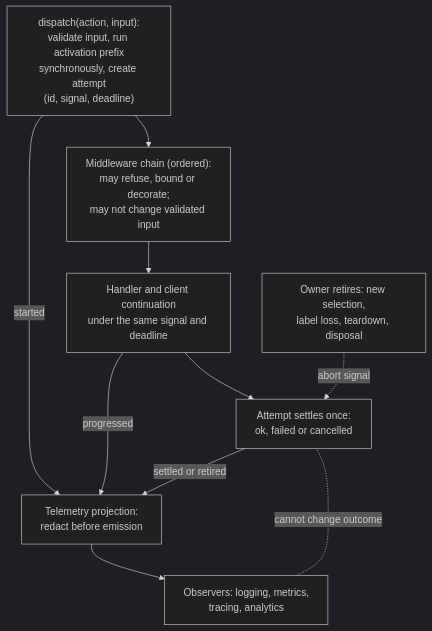
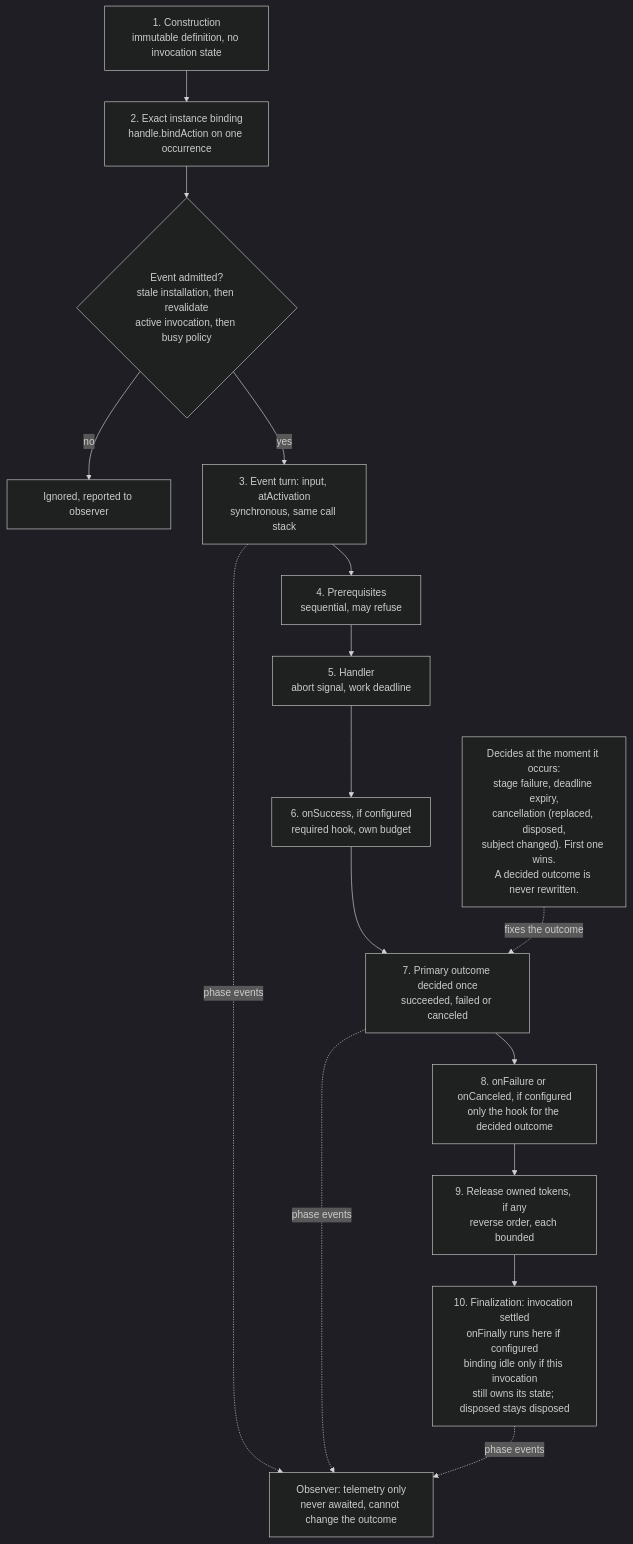
One commit to MachineWisdomAI/saga-a2ui changed the diagram in diagrams/action-binding.mmd. Above: the diagram before and after it, drawn with Mermaid (dark theme). The commit also changed 5 other files, not shown here.

Commit message:
docs: design fluent actions and instance binding

```diff
--- a/diagrams/action-binding.mmd
+++ b/diagrams/action-binding.mmd
@@ -1,17 +1,17 @@
 graph TD
-  D["dispatch(action, input):<br/>validate input, run activation prefix<br/>synchronously, create attempt<br/>(id, signal, deadline)"]
-  M["Middleware chain (ordered):<br/>may refuse, bound or decorate;<br/>may not change validated input"]
-  H["Handler and client continuation<br/>under the same signal and deadline"]
-  S["Attempt settles once:<br/>ok, failed or cancelled"]
-  R["Owner retires: new selection,<br/>label loss, teardown, disposal"]
-  P["Telemetry projection:<br/>redact before emission"]
-  O["Observers: logging, metrics,<br/>tracing, analytics"]
-  D --> M
-  M --> H
-  H --> S
-  R -.->|abort signal| S
-  D -->|started| P
-  H -->|progressed| P
-  S -->|settled or retired| P
-  P --> O
-  O -.-|cannot change outcome| S
+  A["1. Construction<br/>immutable definition, no invocation state"] --> B["2. Exact instance binding<br/>handle.bindAction on one occurrence"]
+  B --> C{"Event admitted?<br/>stale installation, then revalidate<br/>active invocation, then busy policy"}
+  C -- "no" --> Z["Ignored, reported to observer"]
+  C -- "yes" --> D["3. Event turn: input, atActivation<br/>synchronous, same call stack"]
+  D --> E["4. Prerequisites<br/>sequential, may refuse"]
+  E --> F["5. Handler<br/>abort signal, work deadline"]
+  F --> G["6. onSuccess, if configured<br/>required hook, own budget"]
+  G --> H["7. Primary outcome decided once<br/>succeeded, failed or canceled"]
+  S["Decides at the moment it occurs:<br/>stage failure, deadline expiry,<br/>cancellation (replaced, disposed,<br/>subject changed). First one wins.<br/>A decided outcome is never rewritten."] -. "fixes the outcome" .-> H
+  H --> I["8. onFailure or onCanceled, if configured<br/>only the hook for the decided outcome"]
+  I --> J["9. Release owned tokens, if any<br/>reverse order, each bounded"]
+  J --> K["10. Finalization: invocation settled<br/>onFinally runs here if configured<br/>binding idle only if this invocation<br/>still owns its state; disposed stays disposed"]
+  O["Observer: telemetry only<br/>never awaited, cannot change the outcome"]
+  D -. "phase events" .-> O
+  H -. "phase events" .-> O
+  K -. "phase events" .-> O
```
